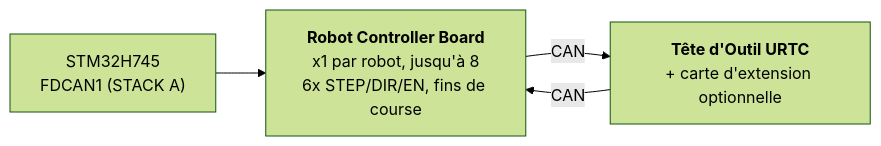
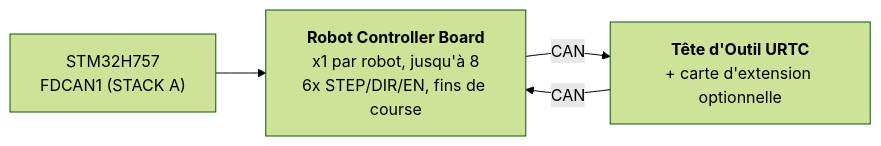
The second of 2 diagrams in docs/HARDWARE_SPECIFICATION_fra.md (JuanenRac/HYDRA-UMC), drawn with Mermaid (forest theme) before and after one commit. The commit also changed other lines of this file and 41 other files, not shown here.

````diff
--- a/docs/HARDWARE_SPECIFICATION_fra.md
+++ b/docs/HARDWARE_SPECIFICATION_fra.md
@@ -145,6 +145,6 @@
 ```mermaid
 flowchart LR
-    MCU["STM32H745<br/>FDCAN1 (STACK A)"] --> RCB["<b>Robot Controller Board</b><br/>x1 par robot, jusqu'à 8<br/>6x STEP/DIR/EN, fins de course"]
+    MCU["STM32H757<br/>FDCAN1 (STACK A)"] --> RCB["<b>Robot Controller Board</b><br/>x1 par robot, jusqu'à 8<br/>6x STEP/DIR/EN, fins de course"]
     RCB -- CAN --> URTC["<b>Tête d'Outil URTC</b><br/>+ carte d'extension optionnelle"]
     URTC -- CAN --> RCB
 ```
````
